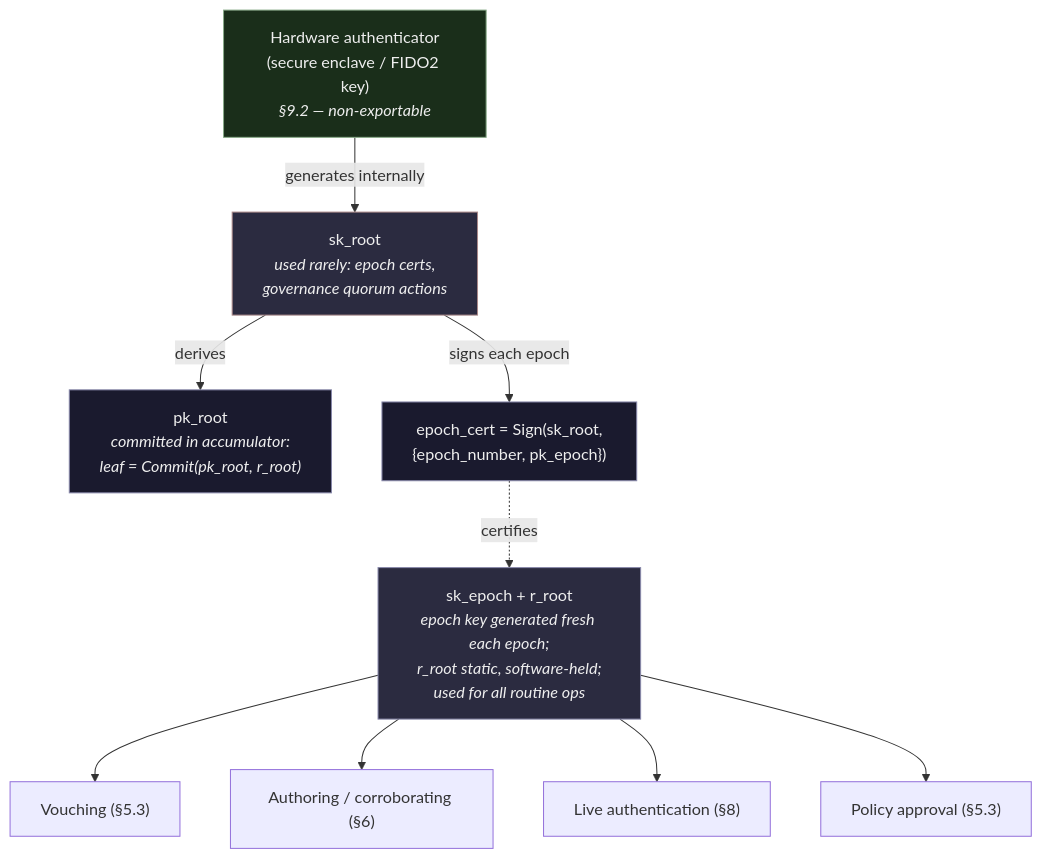
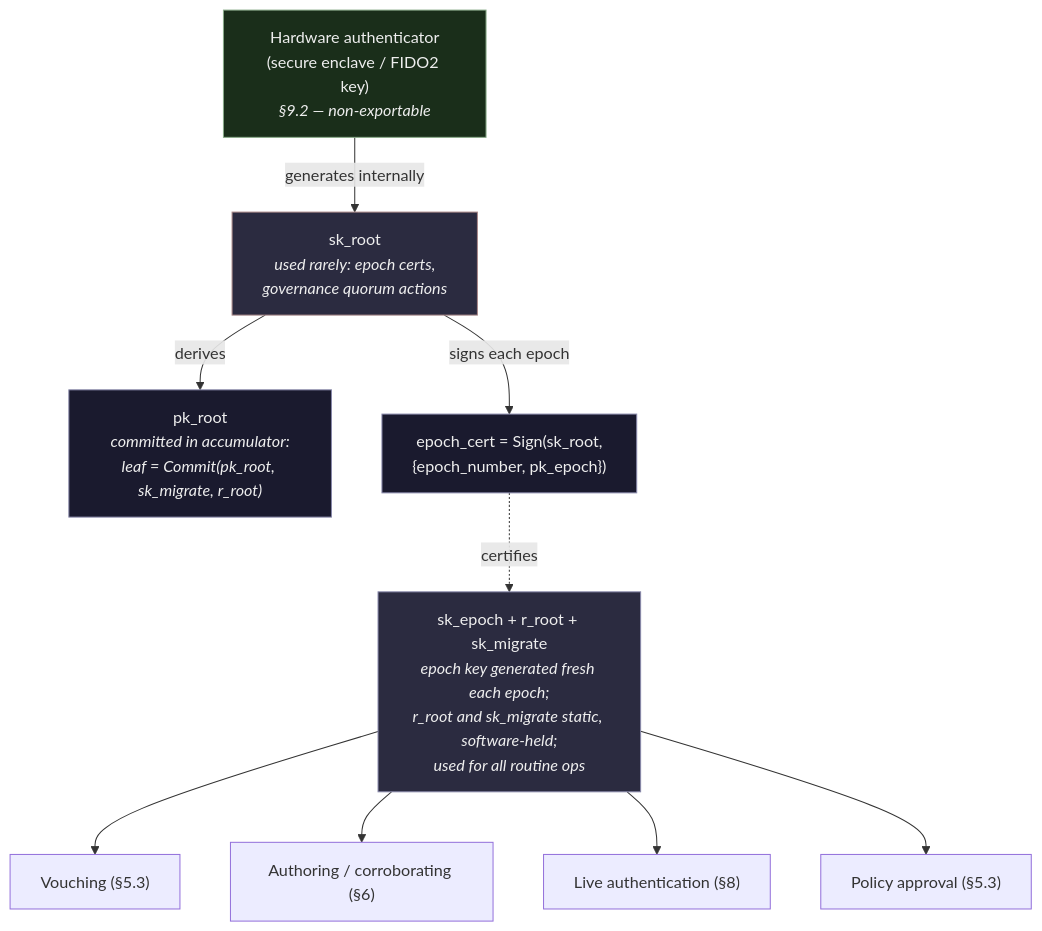
The fifth of 6 diagrams in spec/nymora-protocol.md (xyberal/nymora), drawn with Mermaid before and after one commit. The commit also changed other lines of this file and 12 other files, not shown here.

````diff
--- a/spec/nymora-protocol.md
+++ b/spec/nymora-protocol.md
@@ -581,20 +594,20 @@
 ```mermaid
 graph TD
     HW["Hardware authenticator<br/>(secure enclave / FIDO2 key)<br/><i>§9.2 — non-exportable</i>"]
     HW -->|generates internally| SKR["sk_root<br/><i>used rarely: epoch certs,<br/>governance quorum actions</i>"]
-    SKR -->|derives| PKR["pk_root<br/><i>committed in accumulator:<br/>leaf = Commit(pk_root, r_root)</i>"]
+    SKR -->|derives| PKR["pk_root<br/><i>committed in accumulator:<br/>leaf = Commit(pk_root, sk_migrate, r_root)</i>"]
     SKR -->|"signs each epoch"| CERT["epoch_cert = Sign(sk_root,<br/>{epoch_number, pk_epoch})"]
 
-    CERT -.->|"certifies"| SKE["sk_epoch + r_root<br/><i>epoch key generated fresh each epoch;<br/>r_root static, software-held;<br/>used for all routine ops</i>"]
+    CERT -.->|"certifies"| SKE["sk_epoch + r_root + sk_migrate<br/><i>epoch key generated fresh each epoch;<br/>r_root and sk_migrate static, software-held;<br/>used for all routine ops</i>"]
 
     SKE --> V["Vouching (§5.3)"]
     SKE --> AU["Authoring / corroborating (§6)"]
     SKE --> LA["Live authentication (§8)"]
     SKE --> GOV["Policy approval (§5.3)"]
 
     style HW fill:#1a2e1a,stroke:#88aa88,color:#eee
     style SKR fill:#2b2b40,stroke:#aa8888,color:#eee
     style SKE fill:#2b2b40,stroke:#8888aa,color:#eee
     style PKR fill:#1a1a2e,stroke:#8888aa,color:#eee
     style CERT fill:#1a1a2e,stroke:#8888aa,color:#eee
 ```
````
